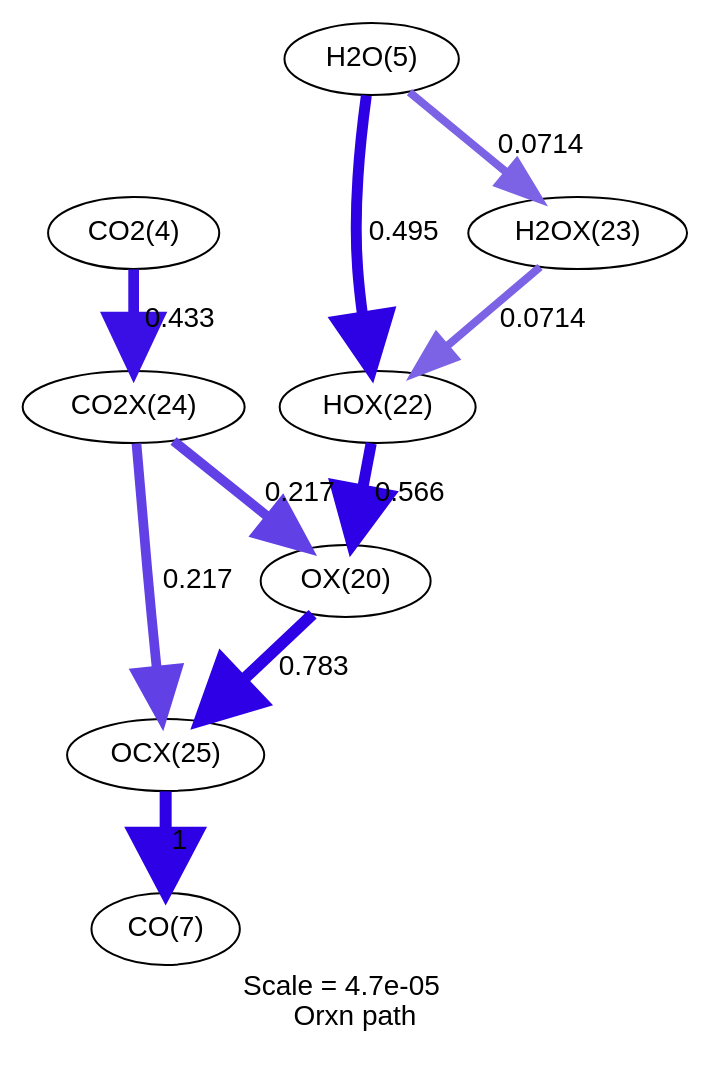
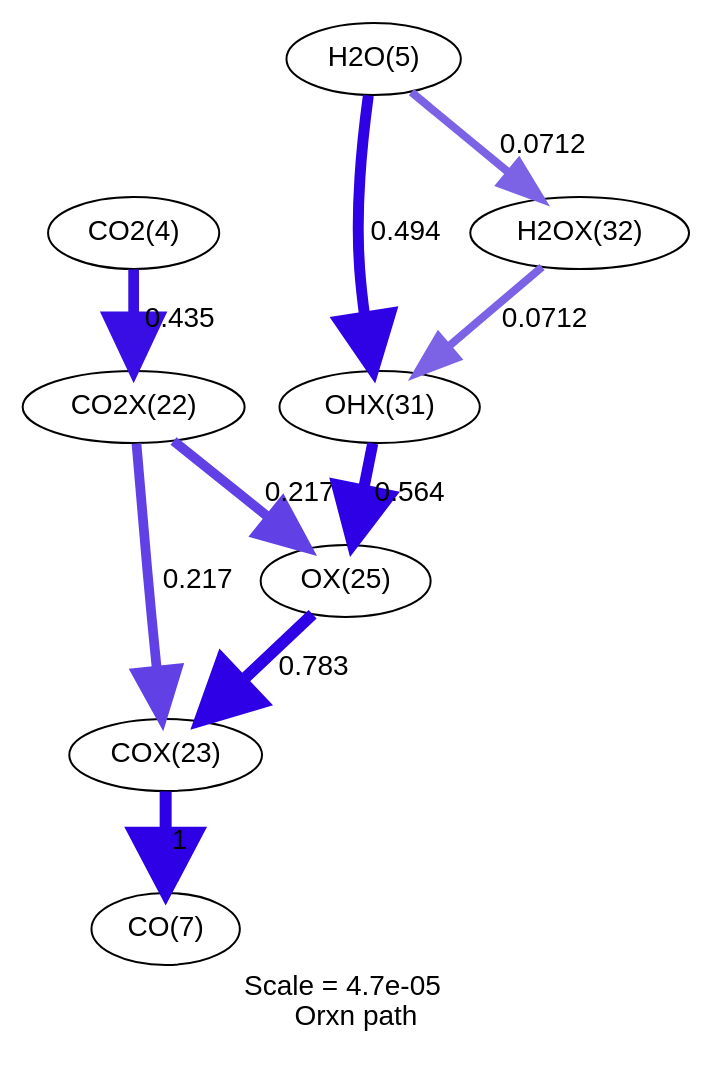
One commit to comocheng/cpox changed the diagram in rh/rxnpath/rxnpath-1.1-surf-11.83mm-O.dot. Above: the diagram before and after it, drawn with Graphviz. The commit also changed 539 other files, not shown here.

```diff
--- a/rh/rxnpath/rxnpath-1.1-surf-11.83mm-O.dot
+++ b/rh/rxnpath/rxnpath-1.1-surf-11.83mm-O.dot
@@ -1,31 +1,31 @@
 digraph reaction_paths {
 center=1;
-s31 -> s29[fontname="Helvetica", penwidth=5.57, arrowsize=2.78, color="0.7, 1.07, 0.9"
-, label=" 0.566"];
-s29 -> s34[fontname="Helvetica", penwidth=5.82, arrowsize=2.91, color="0.7, 1.28, 0.9"
+s5 -> s24[fontname="Helvetica", penwidth=5.37, arrowsize=2.69, color="0.7, 0.935, 0.9"
+, label=" 0.435"];
+s24 -> s25[fontname="Helvetica", penwidth=4.85, arrowsize=2.42, color="0.7, 0.717, 0.9"
+, label=" 0.217"];
+s24 -> s27[fontname="Helvetica", penwidth=4.85, arrowsize=2.42, color="0.7, 0.717, 0.9"
+, label=" 0.217"];
+s25 -> s8[fontname="Helvetica", penwidth=6, arrowsize=3, color="0.7, 1.5, 0.9"
+, label=" 1"];
+s27 -> s25[fontname="Helvetica", penwidth=5.81, arrowsize=2.91, color="0.7, 1.28, 0.9"
 , label=" 0.783"];
-s33 -> s29[fontname="Helvetica", penwidth=4.84, arrowsize=2.42, color="0.7, 0.717, 0.9"
-, label=" 0.217"];
-s6 -> s31[fontname="Helvetica", penwidth=5.47, arrowsize=2.73, color="0.7, 0.995, 0.9"
-, label=" 0.495"];
-s32 -> s31[fontname="Helvetica", penwidth=4.01, arrowsize=2, color="0.7, 0.571, 0.9"
-, label=" 0.0714"];
-s6 -> s32[fontname="Helvetica", penwidth=4.01, arrowsize=2, color="0.7, 0.571, 0.9"
-, label=" 0.0714"];
-s34 -> s8[fontname="Helvetica", penwidth=6, arrowsize=3, color="0.7, 1.5, 0.9"
-, label=" 1"];
-s33 -> s34[fontname="Helvetica", penwidth=4.85, arrowsize=2.42, color="0.7, 0.717, 0.9"
-, label=" 0.217"];
-s5 -> s33[fontname="Helvetica", penwidth=5.37, arrowsize=2.68, color="0.7, 0.933, 0.9"
-, label=" 0.433"];
+s33 -> s27[fontname="Helvetica", penwidth=5.57, arrowsize=2.78, color="0.7, 1.06, 0.9"
+, label=" 0.564"];
+s34 -> s33[fontname="Helvetica", penwidth=4.01, arrowsize=2, color="0.7, 0.571, 0.9"
+, label=" 0.0712"];
+s6 -> s33[fontname="Helvetica", penwidth=5.47, arrowsize=2.73, color="0.7, 0.994, 0.9"
+, label=" 0.494"];
+s6 -> s34[fontname="Helvetica", penwidth=4.01, arrowsize=2, color="0.7, 0.571, 0.9"
+, label=" 0.0712"];
 s5 [ fontname="Helvetica", label="CO2(4)"];
 s6 [ fontname="Helvetica", label="H2O(5)"];
 s8 [ fontname="Helvetica", label="CO(7)"];
-s29 [ fontname="Helvetica", label="OX(20)"];
-s31 [ fontname="Helvetica", label="HOX(22)"];
-s32 [ fontname="Helvetica", label="H2OX(23)"];
-s33 [ fontname="Helvetica", label="CO2X(24)"];
-s34 [ fontname="Helvetica", label="OCX(25)"];
+s24 [ fontname="Helvetica", label="CO2X(22)"];
+s25 [ fontname="Helvetica", label="COX(23)"];
+s27 [ fontname="Helvetica", label="OX(25)"];
+s33 [ fontname="Helvetica", label="OHX(31)"];
+s34 [ fontname="Helvetica", label="H2OX(32)"];
  label = "Scale = 4.7e-05\l Orxn path";
  fontname = "Helvetica";
 }
```
